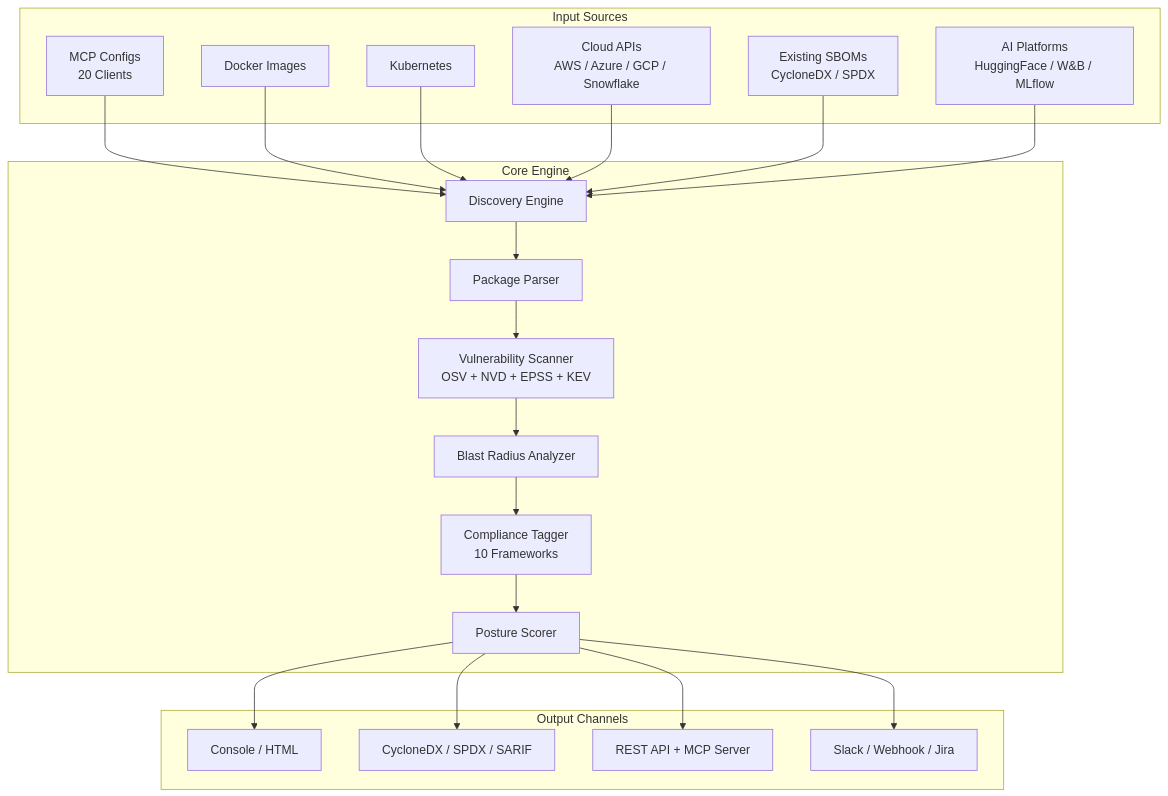
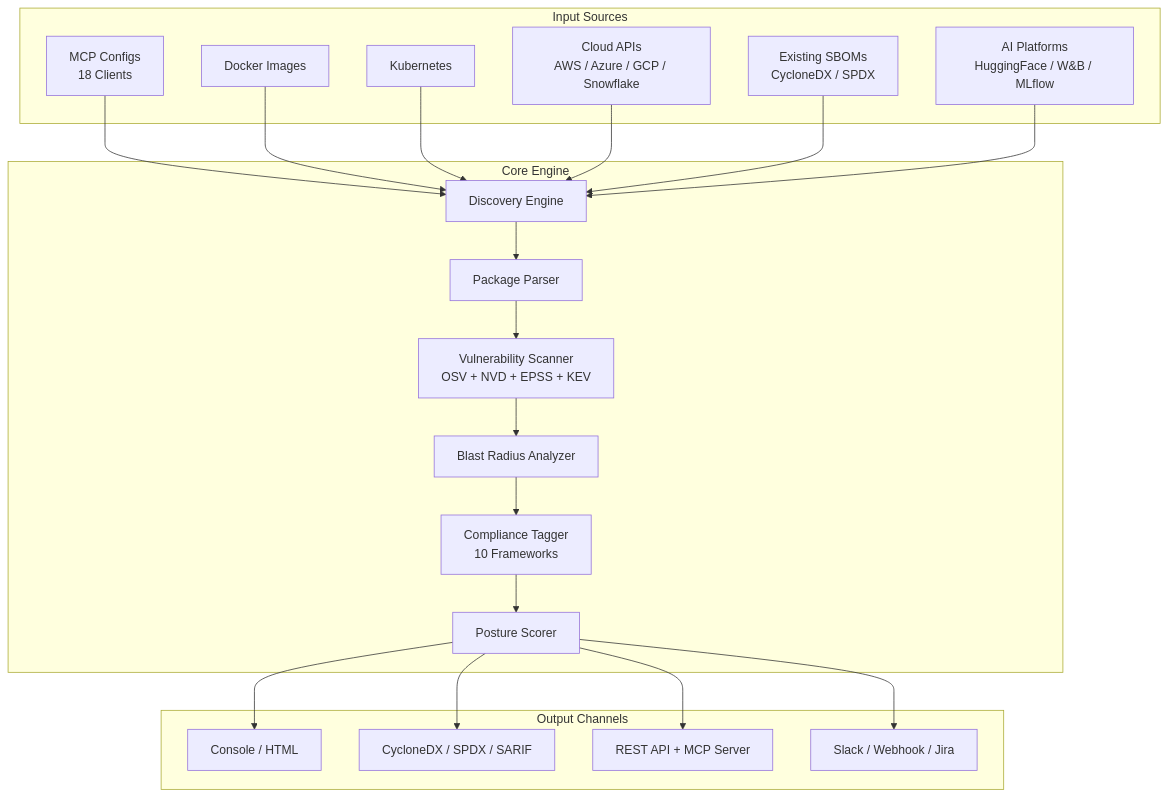
The diagram in README.md (msaad00/agent-bom), drawn with Mermaid before and after one commit. The commit also changed other lines of this file and 4 other files, not shown here.

First line of the commit message:
docs: add engine internals and high-level workflow diagrams

````diff
--- a/README.md
+++ b/README.md
@@ -192,45 +140,45 @@
 ```mermaid
 graph TB
     subgraph Input["Input Sources"]
-        MCP["MCP Configs\n20 Clients"]
+        MCP["MCP Configs\n18 Clients"]
         Docker["Docker Images"]
         K8s["Kubernetes"]
         Cloud["Cloud APIs\nAWS / Azure / GCP / Snowflake"]
         SBOM["Existing SBOMs\nCycloneDX / SPDX"]
         AI["AI Platforms\nHuggingFace / W&B / MLflow"]
     end
 
     subgraph Core["Core Engine"]
         Discovery["Discovery Engine"]
         Parser["Package Parser"]
         Scanner["Vulnerability Scanner\nOSV + NVD + EPSS + KEV"]
         Blast["Blast Radius Analyzer"]
         Compliance["Compliance Tagger\n10 Frameworks"]
         Posture["Posture Scorer"]
     end
 
     subgraph Output["Output Channels"]
         Console["Console / HTML"]
         SBOM_Out["CycloneDX / SPDX / SARIF"]
         API["REST API + MCP Server"]
         Alerts["Slack / Webhook / Jira"]
     end
 
     MCP --> Discovery
     Docker --> Discovery
     K8s --> Discovery
     Cloud --> Discovery
     SBOM --> Discovery
     AI --> Discovery
 
     Discovery --> Parser
     Parser --> Scanner
     Scanner --> Blast
     Blast --> Compliance
     Compliance --> Posture
 
     Posture --> Console
     Posture --> SBOM_Out
     Posture --> API
     Posture --> Alerts
 ```
````
